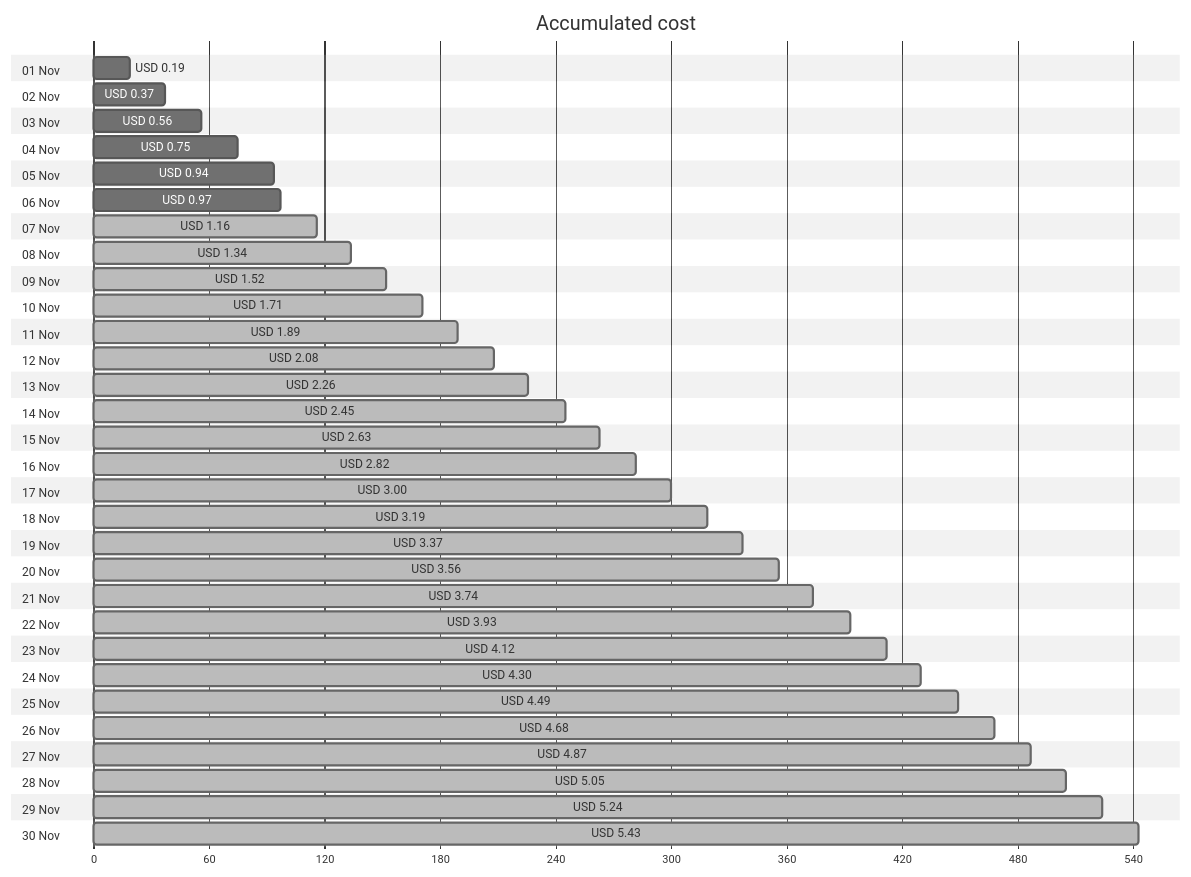
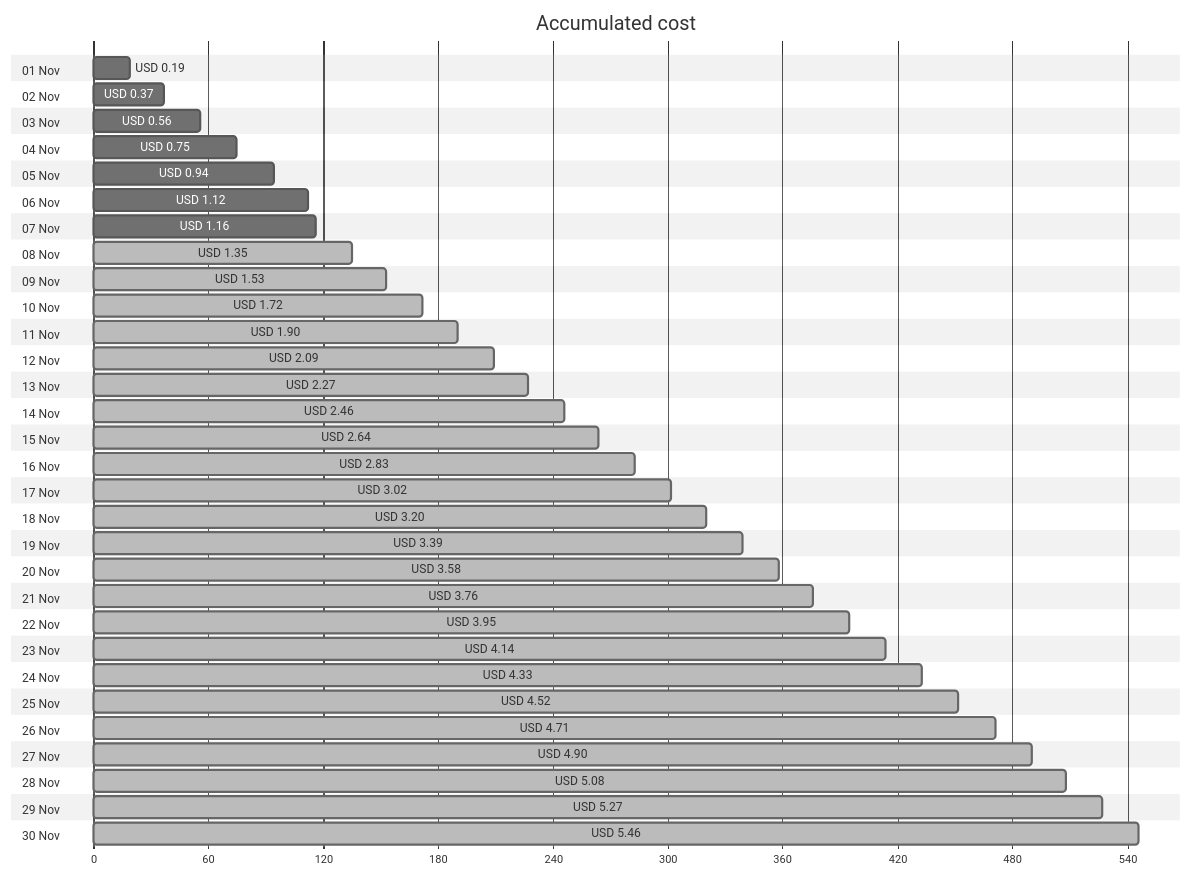
Before and after one commit to jpfulton/azure-personal-reports: the first of 4 diagrams in cost-reports/personal-network/backup-server.md, drawn with Mermaid (neutral theme). The commit also changed other lines of this file and 8 other files, not shown here.

````diff
--- a/cost-reports/personal-network/backup-server.md
+++ b/cost-reports/personal-network/backup-server.md
@@ -20,66 +20,66 @@
 ```mermaid
 gantt
    title Accumulated cost
    dateFormat  X
    axisFormat %s
    section 01 Nov
    USD 0.19 :0, 19
    section 02 Nov
    USD 0.37 :0, 37
    section 03 Nov
    USD 0.56 :0, 56
    section 04 Nov
    USD 0.75 :0, 75
    section 05 Nov
    USD 0.94 :0, 94
    section 06 Nov
-   USD 0.97 :0, 97
+   USD 1.12 :0, 112
    section 07 Nov
-   USD 1.16 : done, 0, 116
+   USD 1.16 :0, 116
    section 08 Nov
-   USD 1.34 : done, 0, 134
+   USD 1.35 : done, 0, 135
    section 09 Nov
-   USD 1.52 : done, 0, 152
+   USD 1.53 : done, 0, 153
    section 10 Nov
-   USD 1.71 : done, 0, 171
+   USD 1.72 : done, 0, 172
    section 11 Nov
-   USD 1.89 : done, 0, 189
+   USD 1.90 : done, 0, 190
    section 12 Nov
-   USD 2.08 : done, 0, 208
+   USD 2.09 : done, 0, 209
    section 13 Nov
-   USD 2.26 : done, 0, 226
+   USD 2.27 : done, 0, 227
    section 14 Nov
-   USD 2.45 : done, 0, 245
+   USD 2.46 : done, 0, 246
    section 15 Nov
-   USD 2.63 : done, 0, 263
+   USD 2.64 : done, 0, 264
    section 16 Nov
-   USD 2.82 : done, 0, 282
+   USD 2.83 : done, 0, 283
    section 17 Nov
-   USD 3.00 : done, 0, 300
+   USD 3.02 : done, 0, 302
    section 18 Nov
-   USD 3.19 : done, 0, 319
+   USD 3.20 : done, 0, 320
    section 19 Nov
-   USD 3.37 : done, 0, 337
+   USD 3.39 : done, 0, 339
    section 20 Nov
-   USD 3.56 : done, 0, 356
+   USD 3.58 : done, 0, 358
    section 21 Nov
-   USD 3.74 : done, 0, 374
+   USD 3.76 : done, 0, 376
    section 22 Nov
-   USD 3.93 : done, 0, 393
+   USD 3.95 : done, 0, 395
    section 23 Nov
-   USD 4.12 : done, 0, 412
+   USD 4.14 : done, 0, 414
    section 24 Nov
-   USD 4.30 : done, 0, 430
+   USD 4.33 : done, 0, 433
    section 25 Nov
-   USD 4.49 : done, 0, 449
+   USD 4.52 : done, 0, 452
    section 26 Nov
-   USD 4.68 : done, 0, 468
+   USD 4.71 : done, 0, 471
    section 27 Nov
-   USD 4.87 : done, 0, 487
+   USD 4.90 : done, 0, 490
    section 28 Nov
-   USD 5.05 : done, 0, 505
+   USD 5.08 : done, 0, 508
    section 29 Nov
-   USD 5.24 : done, 0, 524
+   USD 5.27 : done, 0, 527
    section 30 Nov
-   USD 5.43 : done, 0, 543
+   USD 5.46 : done, 0, 546
 ```
````
